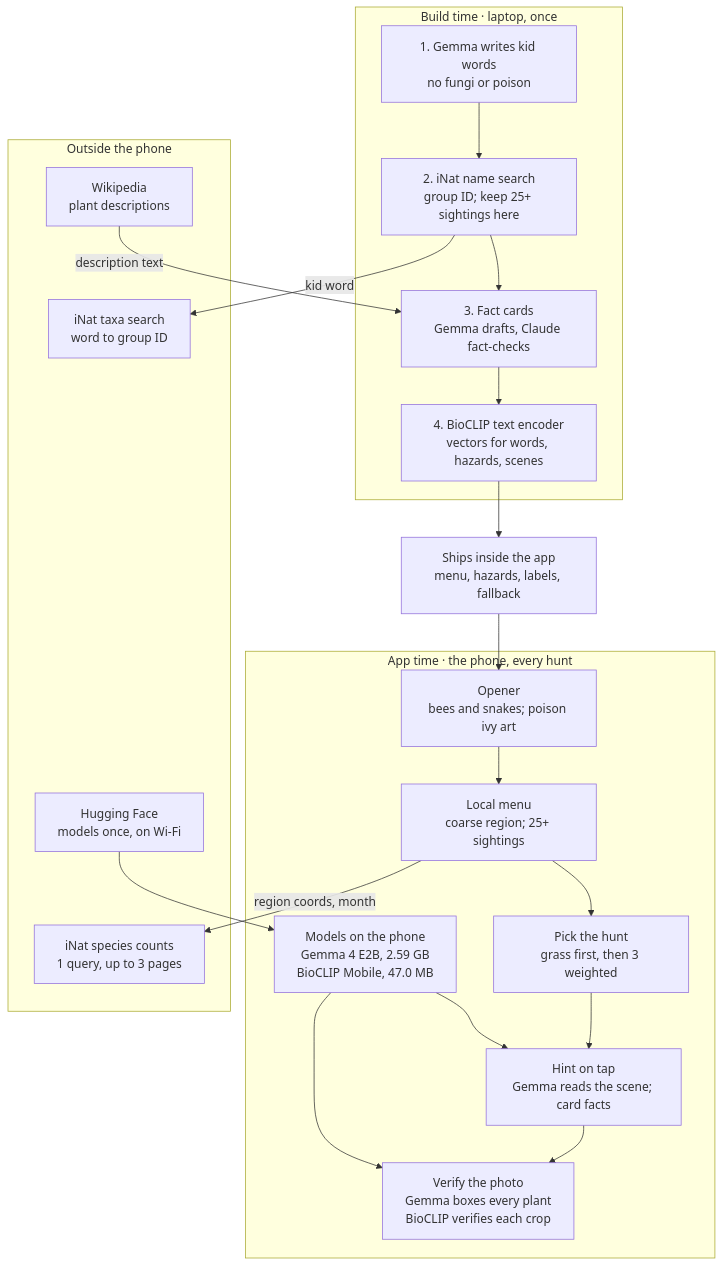
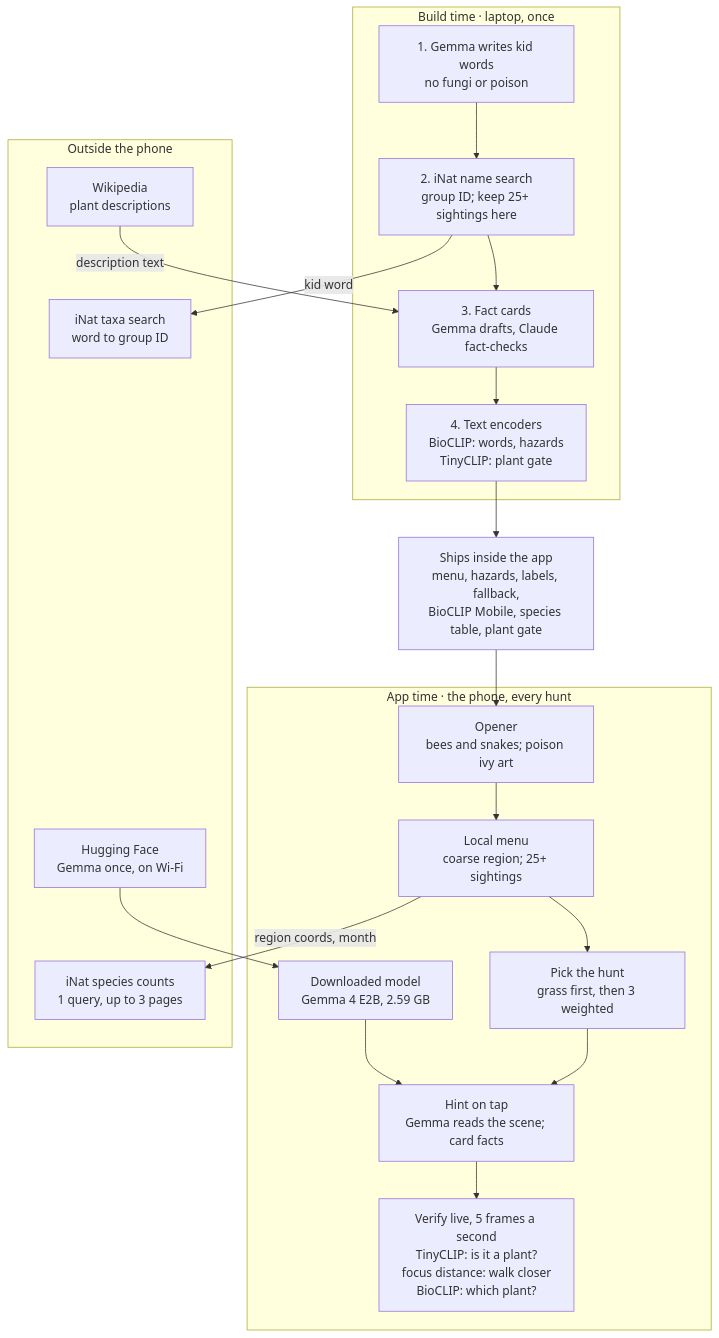
One commit to anchildress1/wild-find changed the diagram in docs/PRD.md. Above: the diagram before and after it, drawn with Mermaid. The commit also changed other lines of this file and 15 other files, not shown here.

First line of the commit message:
docs: Day-1 results; live deterministic verify with a TinyCLIP plant gate (#7)

````diff
--- a/docs/PRD.md
+++ b/docs/PRD.md
@@ -173,43 +173,42 @@
 ```mermaid
 %%{init: {'theme': 'default'}}%%
 flowchart TD
     accTitle: wild-find architecture
-    accDescr: Build time runs once on a laptop and ships menu, hazards, labels, and a fallback list inside the app. At app time the phone runs the opener, local menu, hunt pick, hints, and verification. Photos and precise location never leave the phone.
+    accDescr: Build time runs once on a laptop and ships the menu, hazards, label vectors, the species table, the plant gate, and a fallback list inside the app. At app time the phone runs the opener, local menu, hunt pick, hints, and live verification with a plant gate and BioCLIP. Photos and precise location never leave the phone.
 
     subgraph build["Build time · laptop, once"]
         B1["1. Gemma writes kid words<br/>no fungi or poison"]
         B2["2. iNat name search<br/>group ID; keep 25+ sightings here"]
         B3["3. Fact cards<br/>Gemma drafts, Claude fact-checks"]
-        B4["4. BioCLIP text encoder<br/>vectors for words, hazards, scenes"]
+        B4["4. Text encoders<br/>BioCLIP: words, hazards<br/>TinyCLIP: plant gate"]
         B1 --> B2 --> B3 --> B4
     end
 
-    SHIP["Ships inside the app<br/>menu, hazards, labels, fallback"]
+    SHIP["Ships inside the app<br/>menu, hazards, labels, fallback,<br/>BioCLIP Mobile, species table, plant gate"]
     B4 --> SHIP
 
     subgraph app["App time · the phone, every hunt"]
         A1["Opener<br/>bees and snakes; poison ivy art"]
         A2["Local menu<br/>coarse region; 25+ sightings"]
         A3["Pick the hunt<br/>grass first, then 3 weighted"]
         A4["Hint on tap<br/>Gemma reads the scene; card facts"]
-        A5["Verify the photo<br/>Gemma boxes every plant<br/>BioCLIP verifies each crop"]
-        M["Models on the phone<br/>Gemma 4 E2B, 2.59 GB<br/>BioCLIP Mobile, 47.0 MB"]
+        A5["Verify live, 5 frames a second<br/>TinyCLIP: is it a plant?<br/>focus distance: walk closer<br/>BioCLIP: which plant?"]
+        M["Downloaded model<br/>Gemma 4 E2B, 2.59 GB"]
         A1 --> A2 --> A3 --> A4 --> A5
         M --> A4
-        M --> A5
     end
 
     SHIP --> A1
 
     subgraph outside["Outside the phone"]
         E1["iNat taxa search<br/>word to group ID"]
         E2["Wikipedia<br/>plant descriptions"]
         E3["iNat species counts<br/>1 query, up to 3 pages"]
-        E4["Hugging Face<br/>models once, on Wi-Fi"]
+        E4["Hugging Face<br/>Gemma once, on Wi-Fi"]
     end
 
     B2 -- "kid word" --> E1
     E2 -- "description text" --> B3
     A2 -- "region coords, month" --> E3
     E4 --> M
 ```
````
